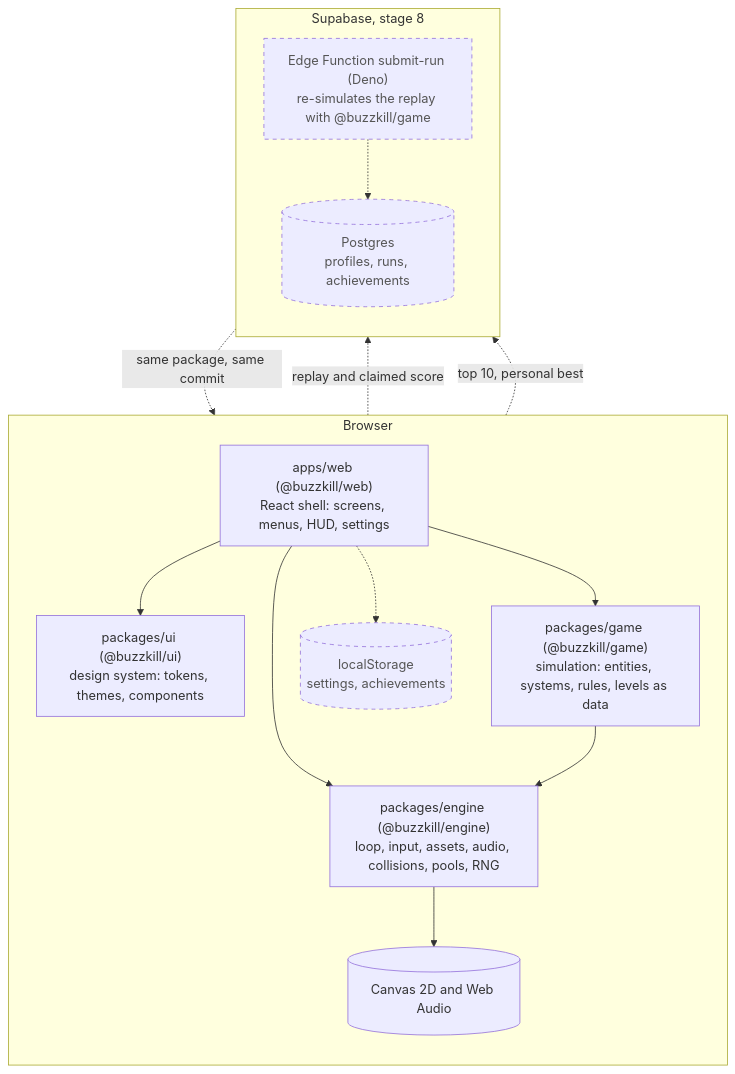
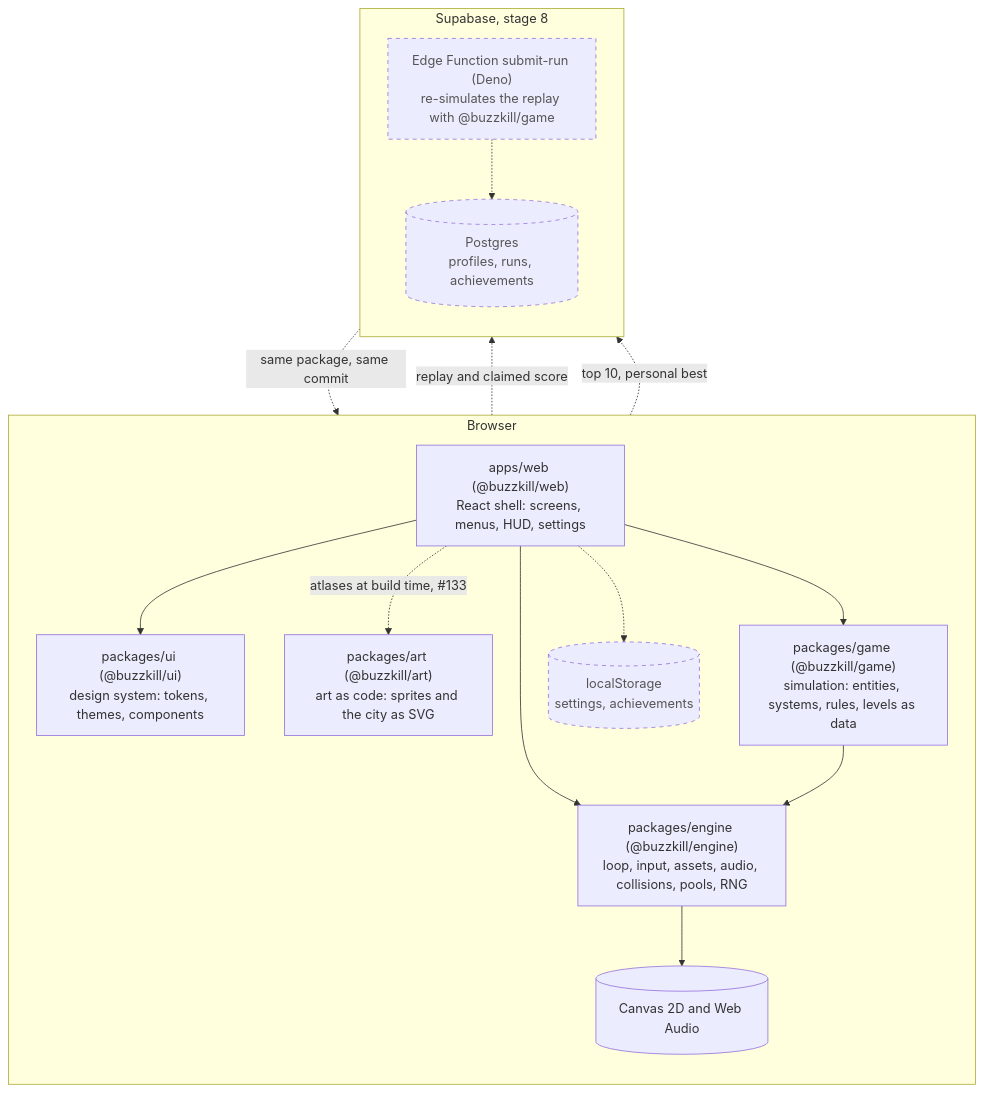
The second of 6 diagrams in docs/architecture.md (nazimajumaniyazova/buzzkill), drawn with Mermaid before and after one commit. The commit also changed other lines of this file and 23 other files, not shown here.

First line of the commit message:
feat(art): draw the game's sprites and city as vector code (#137)

````diff
--- a/docs/architecture.md
+++ b/docs/architecture.md
@@ -40,31 +40,33 @@
 ```mermaid
 flowchart TB
   subgraph browser[Browser]
     direction TB
     web["apps/web (@buzzkill/web)<br/>React shell: screens, menus, HUD, settings"]
     ui["packages/ui (@buzzkill/ui)<br/>design system: tokens, themes, components"]
+    art["packages/art (@buzzkill/art)<br/>art as code: sprites and the city as SVG"]
     game["packages/game (@buzzkill/game)<br/>simulation: entities, systems, rules, levels as data"]
     engine["packages/engine (@buzzkill/engine)<br/>loop, input, assets, audio, collisions, pools, RNG"]
     canvas[(Canvas 2D and Web Audio)]
     storage[(localStorage<br/>settings, achievements)]:::planned
   end
 
   subgraph supabase[Supabase, stage 8]
     direction TB
     edge["Edge Function submit-run (Deno)<br/>re-simulates the replay with @buzzkill/game"]:::planned
     db[(Postgres<br/>profiles, runs, achievements)]:::planned
   end
 
   web --> ui
+  web -. "atlases at build time, #133" .-> art
   web --> game
   web --> engine
   game --> engine
   engine --> canvas
   web -.-> storage
   web -. "replay and claimed score" .-> edge
   edge -.-> db
   web -. "top 10, personal best" .-> db
   edge -. "same package, same commit" .-> game
 
   classDef planned stroke-dasharray: 5 5,color:#555
 ```
````
